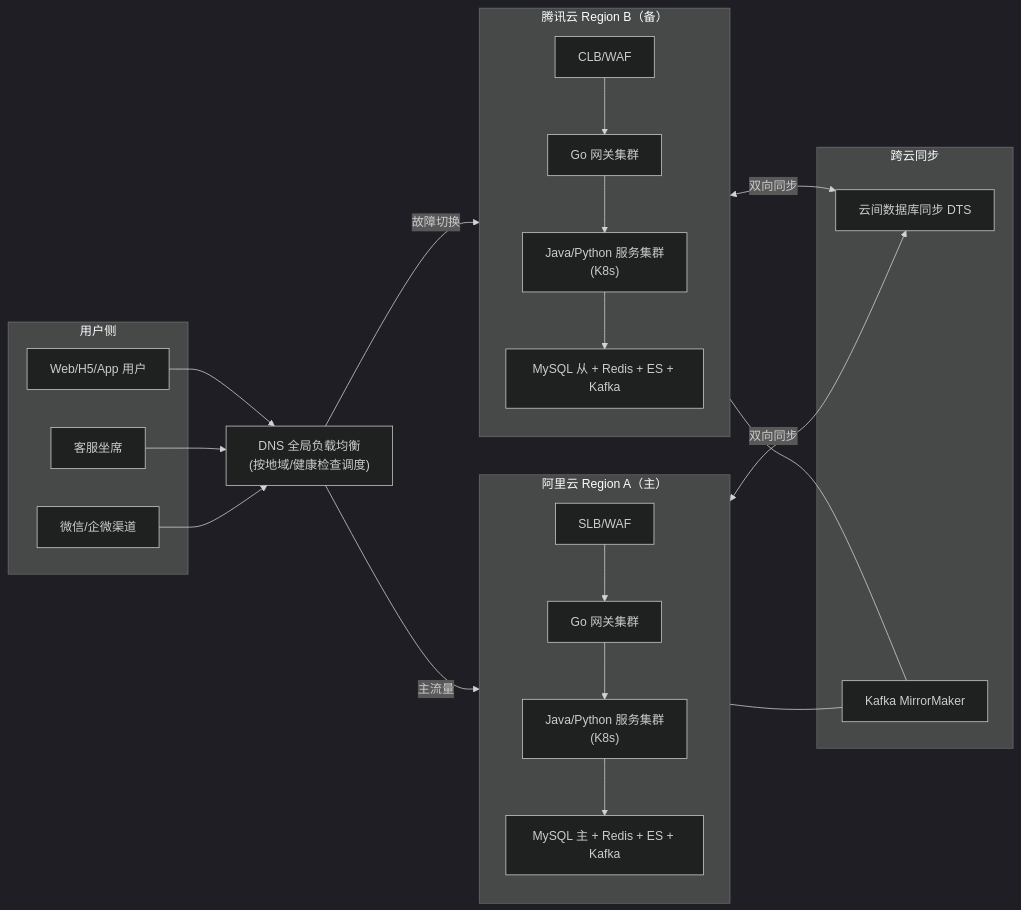
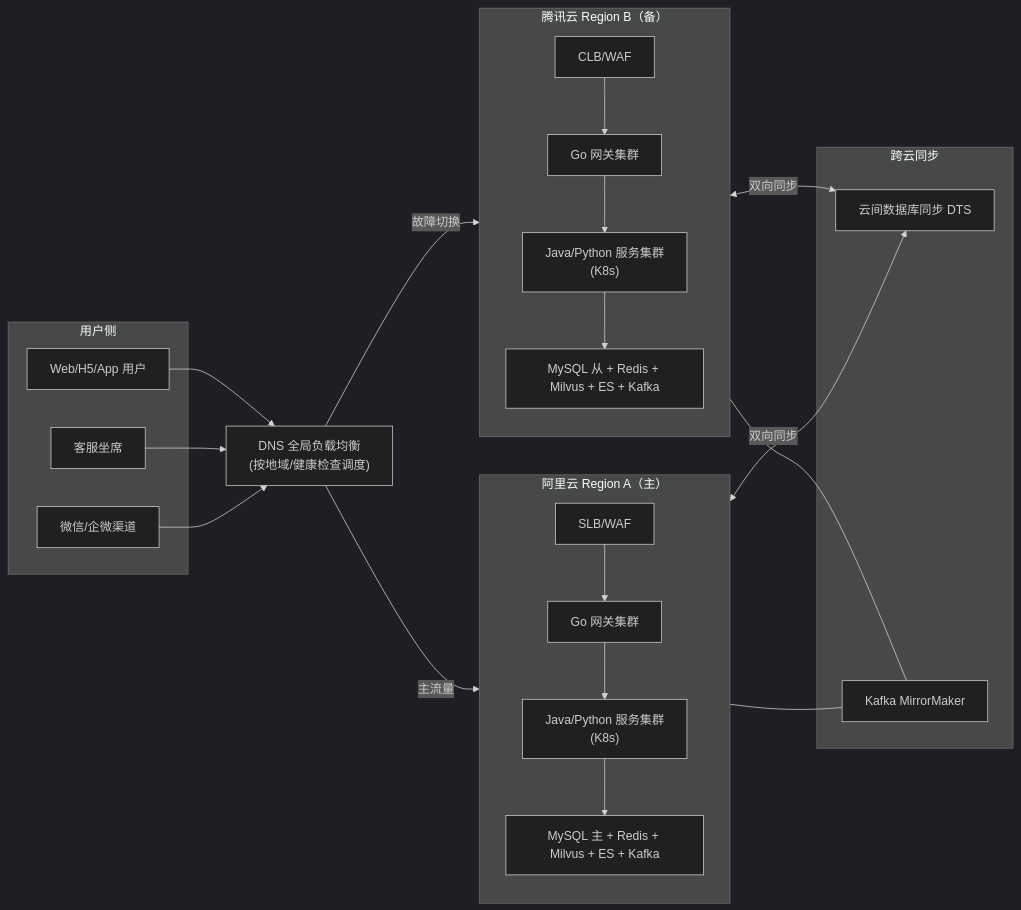
One commit to ideal0921/lingxi_agent changed the second of 8 diagrams in docs/架构设计.md. Above: the diagram before and after it, drawn with Mermaid (dark theme). The commit also changed other lines of this file and 191 other files, not shown here.

````diff
--- a/docs/架构设计.md
+++ b/docs/架构设计.md
@@ -207,43 +210,43 @@
 ```mermaid
 flowchart LR
     subgraph USER["用户侧"]
         U1["Web/H5/App 用户"]
         U2["客服坐席"]
         U3["微信/企微渠道"]
     end
 
     DNS["DNS 全局负载均衡<br/>(按地域/健康检查调度)"]
 
     subgraph ALIYUN["阿里云 Region A（主）"]
         direction TB
         ALB1["SLB/WAF"]
         GW_A["Go 网关集群"]
         SVC_A["Java/Python 服务集群<br/>(K8s)"]
-        DB_A["MySQL 主 + Redis + ES + Kafka"]
+        DB_A["MySQL 主 + Redis + Milvus + ES + Kafka"]
     end
 
     subgraph TENCENT["腾讯云 Region B（备）"]
         direction TB
         ALB2["CLB/WAF"]
         GW_B["Go 网关集群"]
         SVC_B["Java/Python 服务集群<br/>(K8s)"]
-        DB_B["MySQL 从 + Redis + ES + Kafka"]
+        DB_B["MySQL 从 + Redis + Milvus + ES + Kafka"]
     end
 
     subgraph MIRROR["跨云同步"]
         DTS["云间数据库同步 DTS"]
         MK["Kafka MirrorMaker"]
     end
 
     U1 --> DNS
     U2 --> DNS
     U3 --> DNS
     DNS -->|"主流量"| ALB1
     DNS -->|"故障切换"| ALB2
     ALB1 --> GW_A --> SVC_A --> DB_A
     ALB2 --> GW_B --> SVC_B --> DB_B
     DB_A <-->|"双向同步"| DTS
     DB_B <-->|"双向同步"| DTS
     SVC_A --- MK
     SVC_B --- MK
 ```
````
